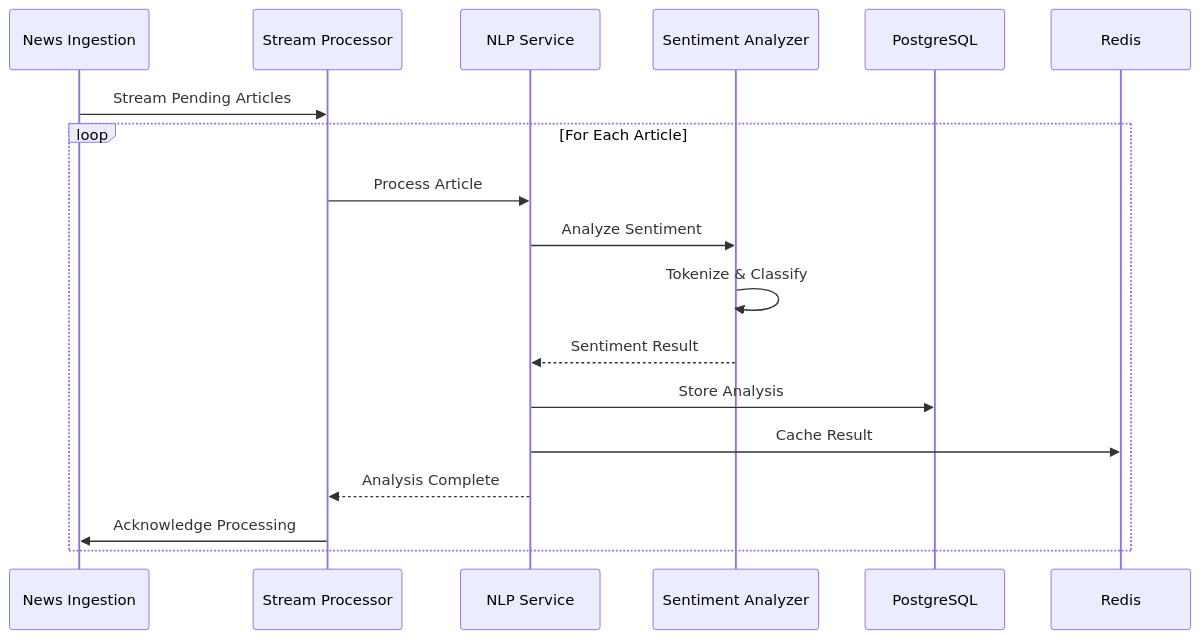
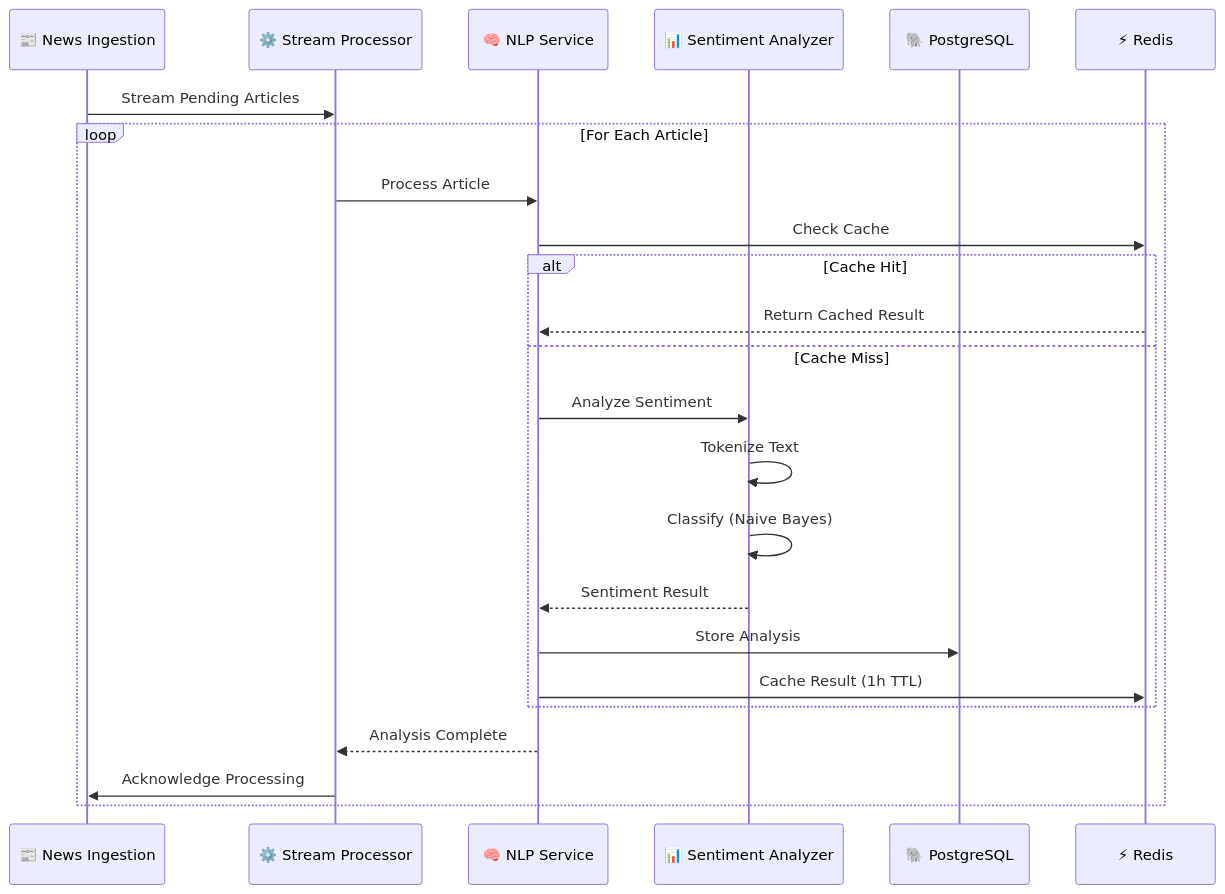
Before and after one commit to ZakariaRek/Real-Time-Financial-News-Market-Impact-Analysis-system: the second of 6 diagrams in services/nlp-processing/README.md, drawn with Mermaid. The commit also changed other lines of this file, not shown here.

````diff
--- a/services/nlp-processing/README.md
+++ b/services/nlp-processing/README.md
@@ -79,21 +136,31 @@
 ```mermaid
 sequenceDiagram
-    participant NIS as News Ingestion
-    participant SP as Stream Processor
-    participant NLP as NLP Service
-    participant SA as Sentiment Analyzer
-    participant DB as PostgreSQL
-    participant Cache as Redis
+    participant NIS as 📰 News Ingestion
+    participant SP as ⚙️ Stream Processor
+    participant NLP as 🧠 NLP Service
+    participant SA as 📊 Sentiment Analyzer
+    participant DB as 🐘 PostgreSQL
+    participant Cache as ⚡ Redis
     
     NIS->>SP: Stream Pending Articles
+    
     loop For Each Article
         SP->>NLP: Process Article
-        NLP->>SA: Analyze Sentiment
-        SA->>SA: Tokenize & Classify
-        SA-->>NLP: Sentiment Result
-        NLP->>DB: Store Analysis
-        NLP->>Cache: Cache Result
+        
+        NLP->>Cache: Check Cache
+        alt Cache Hit
+            Cache-->>NLP: Return Cached Result
+        else Cache Miss
+            NLP->>SA: Analyze Sentiment
+            SA->>SA: Tokenize Text
+            SA->>SA: Classify (Naive Bayes)
+            SA-->>NLP: Sentiment Result
+            
+            NLP->>DB: Store Analysis
+            NLP->>Cache: Cache Result (1h TTL)
+        end
+        
         NLP-->>SP: Analysis Complete
         SP->>NIS: Acknowledge Processing
     end
 ```
````
